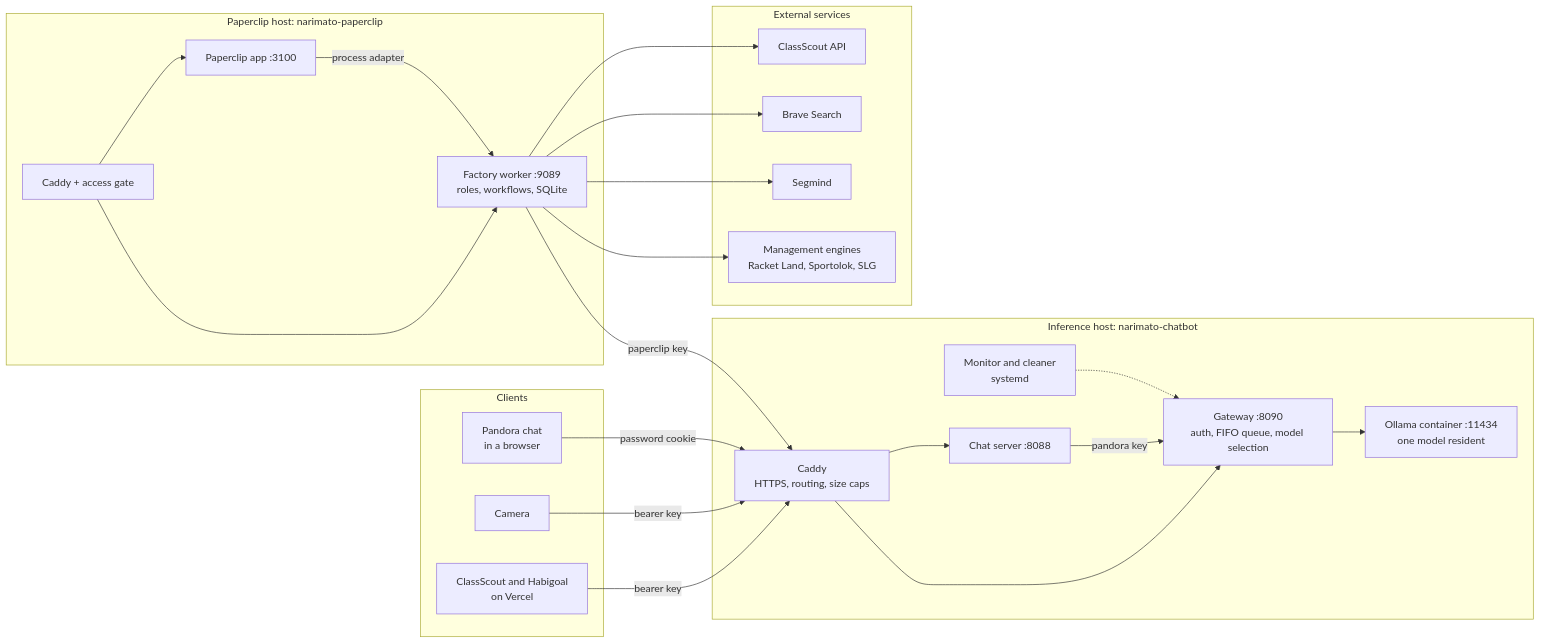
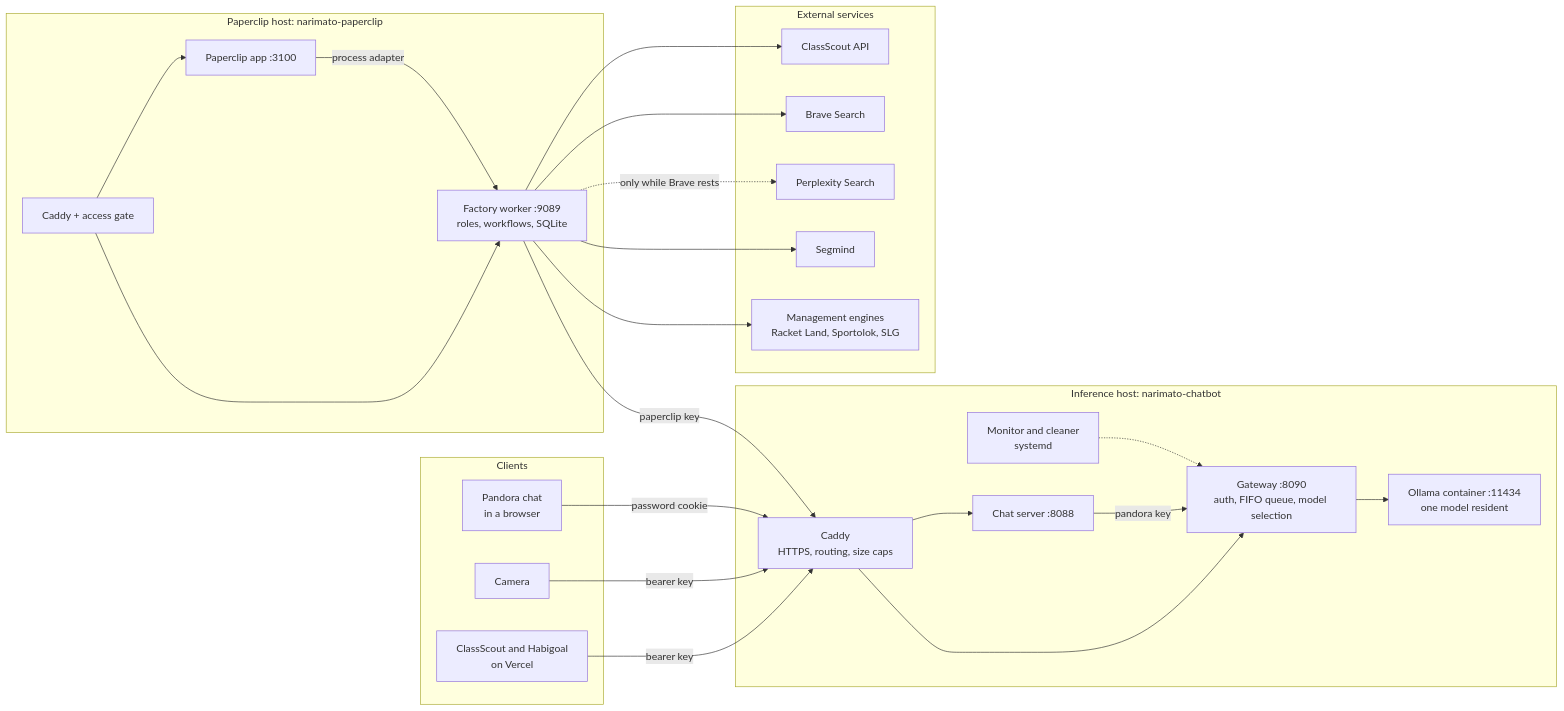
Before and after one commit to moldovancsaba/hetzner-nano-server: the first of 4 diagrams in docs/ARCHITECTURE.md, drawn with Mermaid. The commit also changed other lines of this file and 6 other files, not shown here.

Commit message:
docs: Perplexity fallback in the architecture, access procedure for an agent session, hand-release procedure, release notes brought up to 67a9f91

````diff
--- a/docs/ARCHITECTURE.md
+++ b/docs/ARCHITECTURE.md
@@ -11,42 +11,44 @@
 ```mermaid
 flowchart LR
   subgraph clients [Clients]
     CS[ClassScout and Habigoal<br/>on Vercel]
     CAM[Camera]
     PAN[Pandora chat<br/>in a browser]
   end
   subgraph inference [Inference host: narimato-chatbot]
     CADDY[Caddy<br/>HTTPS, routing, size caps]
     GW[Gateway :8090<br/>auth, FIFO queue, model selection]
     CHAT[Chat server :8088]
     OLL[Ollama container :11434<br/>one model resident]
     MON[Monitor and cleaner<br/>systemd]
   end
   subgraph paperclip [Paperclip host: narimato-paperclip]
     PCADDY[Caddy + access gate]
     PC[Paperclip app :3100]
     FAC[Factory worker :9089<br/>roles, workflows, SQLite]
   end
   subgraph external [External services]
     CSAPI[ClassScout API]
     BRAVE[Brave Search]
+    PPLX[Perplexity Search]
     SEG[Segmind]
     ENG[Management engines<br/>Racket Land, Sportolok, SLG]
   end
   CS -->|bearer key| CADDY
   CAM -->|bearer key| CADDY
   PAN -->|password cookie| CADDY
   CADDY --> GW
   CADDY --> CHAT
   CHAT -->|pandora key| GW
   GW --> OLL
   MON -.-> GW
   PCADDY --> PC
   PCADDY --> FAC
   PC -->|process adapter| FAC
   FAC -->|paperclip key| CADDY
   FAC --> CSAPI
   FAC --> BRAVE
+  FAC -.->|only while Brave rests| PPLX
   FAC --> SEG
   FAC --> ENG
 ```
````
